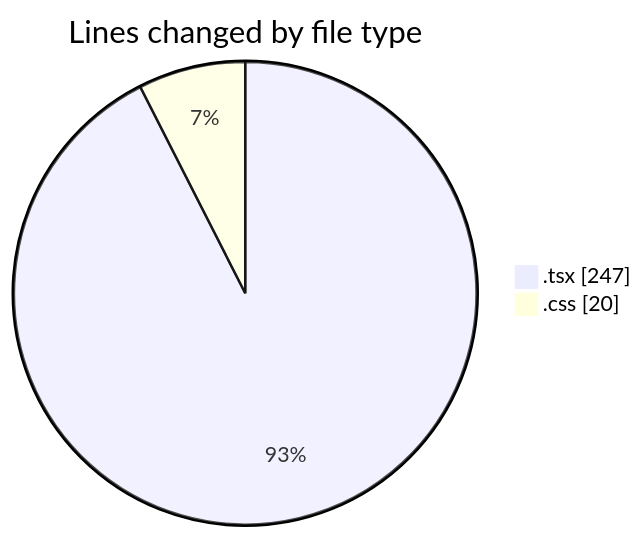
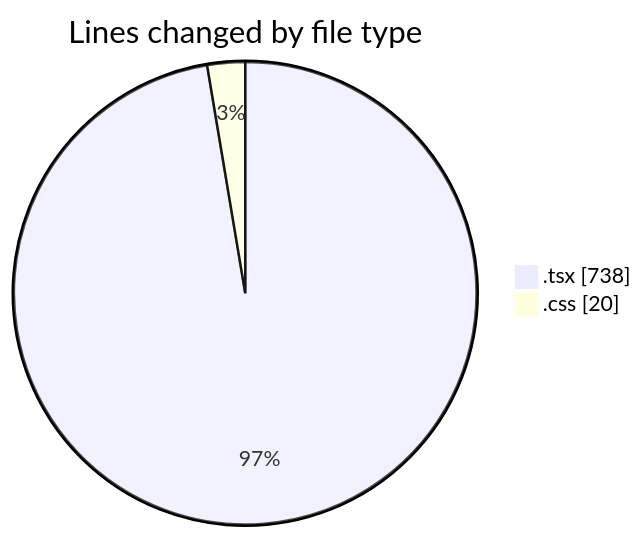
Before and after one commit to robertbonfada/code-tracking: the first of 2 diagrams in 2025-02-07/mbc-web/README.md, drawn with Mermaid. The commit also changed other lines of this file and 1 other file, not shown here.

````diff
--- a/2025-02-07/mbc-web/README.md
+++ b/2025-02-07/mbc-web/README.md
@@ -25,6 +27,6 @@
 ```mermaid
 pie showData
 title Lines changed by file type
-".tsx" : 247
+".tsx" : 738
 ".css" : 20
 ```
````
